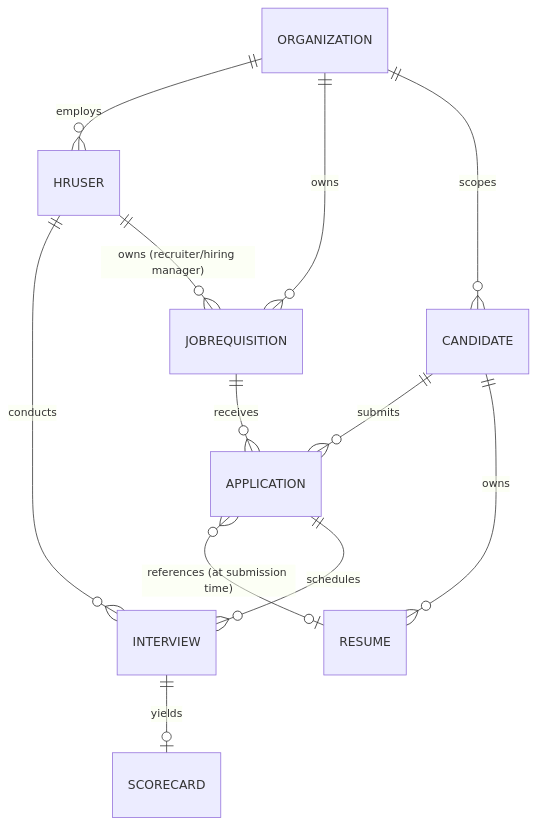
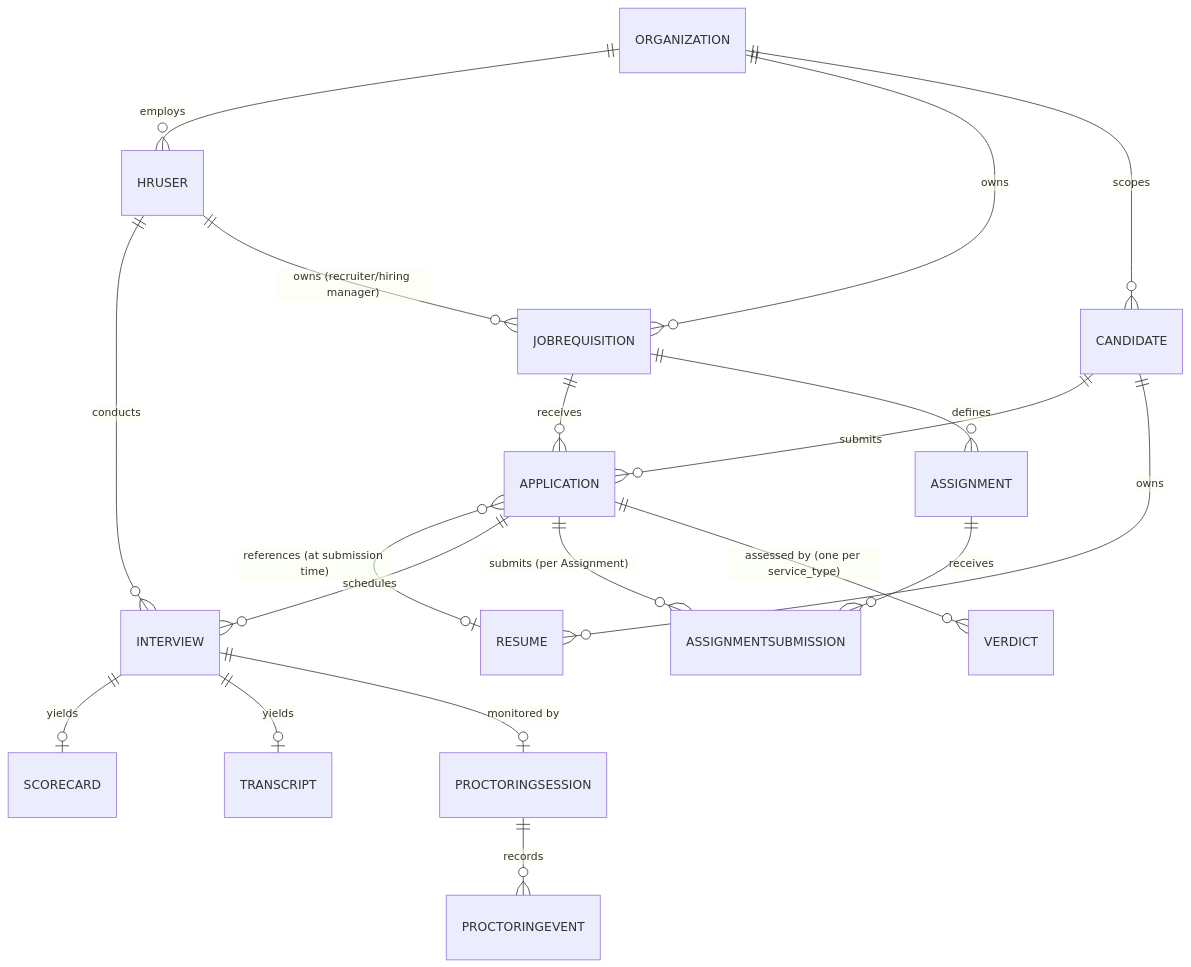
The diagram in docs/03-ontology.md (theharshchandrakar/virtual_hire), drawn with Mermaid before and after one commit. The commit also changed other lines of this file and 15 other files, not shown here.

First line of the commit message:
Docs pivot: Resume Analyzer, Interview Live Proctoring, Transcript/Assignment Reviewer (#5)

````diff
--- a/docs/03-ontology.md
+++ b/docs/03-ontology.md
@@ -61,18 +90,26 @@
 ```mermaid
 erDiagram
     ORGANIZATION ||--o{ HRUSER : employs
     ORGANIZATION ||--o{ JOBREQUISITION : owns
     ORGANIZATION ||--o{ CANDIDATE : "scopes"
 
     JOBREQUISITION ||--o{ APPLICATION : receives
+    JOBREQUISITION ||--o{ ASSIGNMENT : defines
     CANDIDATE ||--o{ APPLICATION : submits
     CANDIDATE ||--o{ RESUME : owns
 
     APPLICATION }o--o| RESUME : "references (at submission time)"
     APPLICATION ||--o{ INTERVIEW : schedules
+    APPLICATION ||--o{ ASSIGNMENTSUBMISSION : "submits (per Assignment)"
+    APPLICATION ||--o{ VERDICT : "assessed by (one per service_type)"
 
     HRUSER ||--o{ INTERVIEW : conducts
     INTERVIEW ||--o| SCORECARD : yields
+    INTERVIEW ||--o| TRANSCRIPT : yields
+    INTERVIEW ||--o| PROCTORINGSESSION : "monitored by"
+
+    PROCTORINGSESSION ||--o{ PROCTORINGEVENT : records
+    ASSIGNMENT ||--o{ ASSIGNMENTSUBMISSION : receives
 
     HRUSER ||--o{ JOBREQUISITION : "owns (recruiter/hiring manager)"
 ```
````
